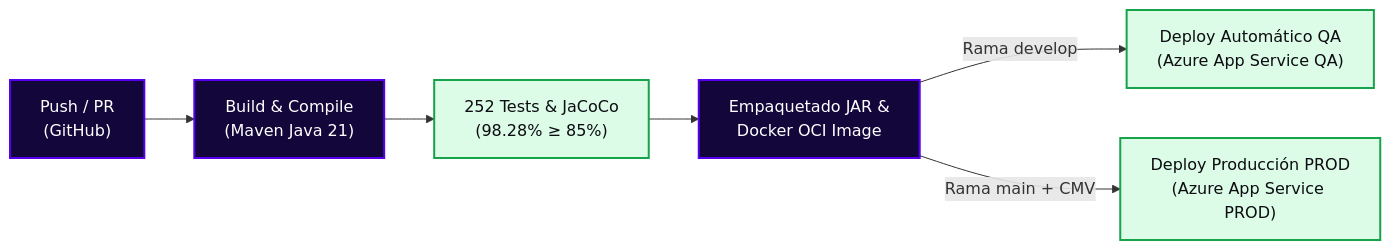
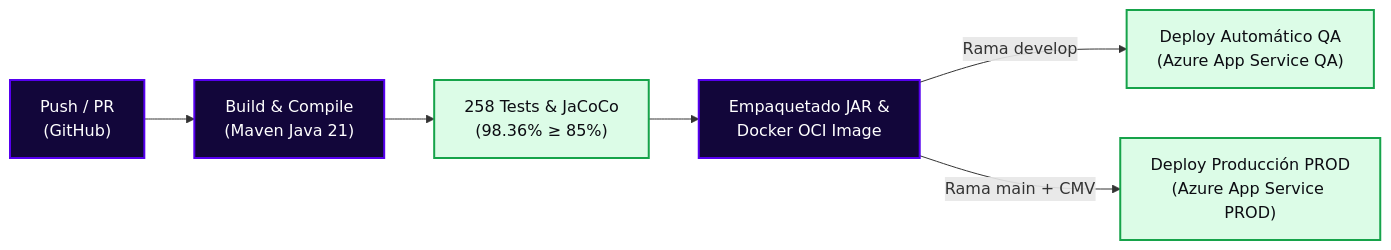
The diagram in README.md (StyleRadar1/PT8080-Donations-Service), drawn with Mermaid before and after one commit. The commit also changed other lines of this file and 15 other files, not shown here.

````diff
--- a/README.md
+++ b/README.md
@@ -524,14 +527,14 @@
 ```mermaid
 flowchart LR
     A["Push / PR<br>(GitHub)"] --> B["Build & Compile<br>(Maven Java 21)"]
-    B --> C["252 Tests & JaCoCo<br>(98.28% ≥ 85%)"]
+    B --> C["258 Tests & JaCoCo<br>(98.36% ≥ 85%)"]
     C --> D["Empaquetado JAR &<br>Docker OCI Image"]
     D -->|Rama develop| E["Deploy Automático QA<br>(Azure App Service QA)"]
     D -->|Rama main + CMV| F["Deploy Producción PROD<br>(Azure App Service PROD)"]
 
     classDef step fill:#12063A,stroke:#5600EF,stroke-width:2px,color:#FFFFFF;
     classDef pass fill:#DCFCE7,stroke:#16A34A,stroke-width:2px,color:#0C0C12;
 
     class A,B,D step;
     class C,E,F pass;
 ```
````
